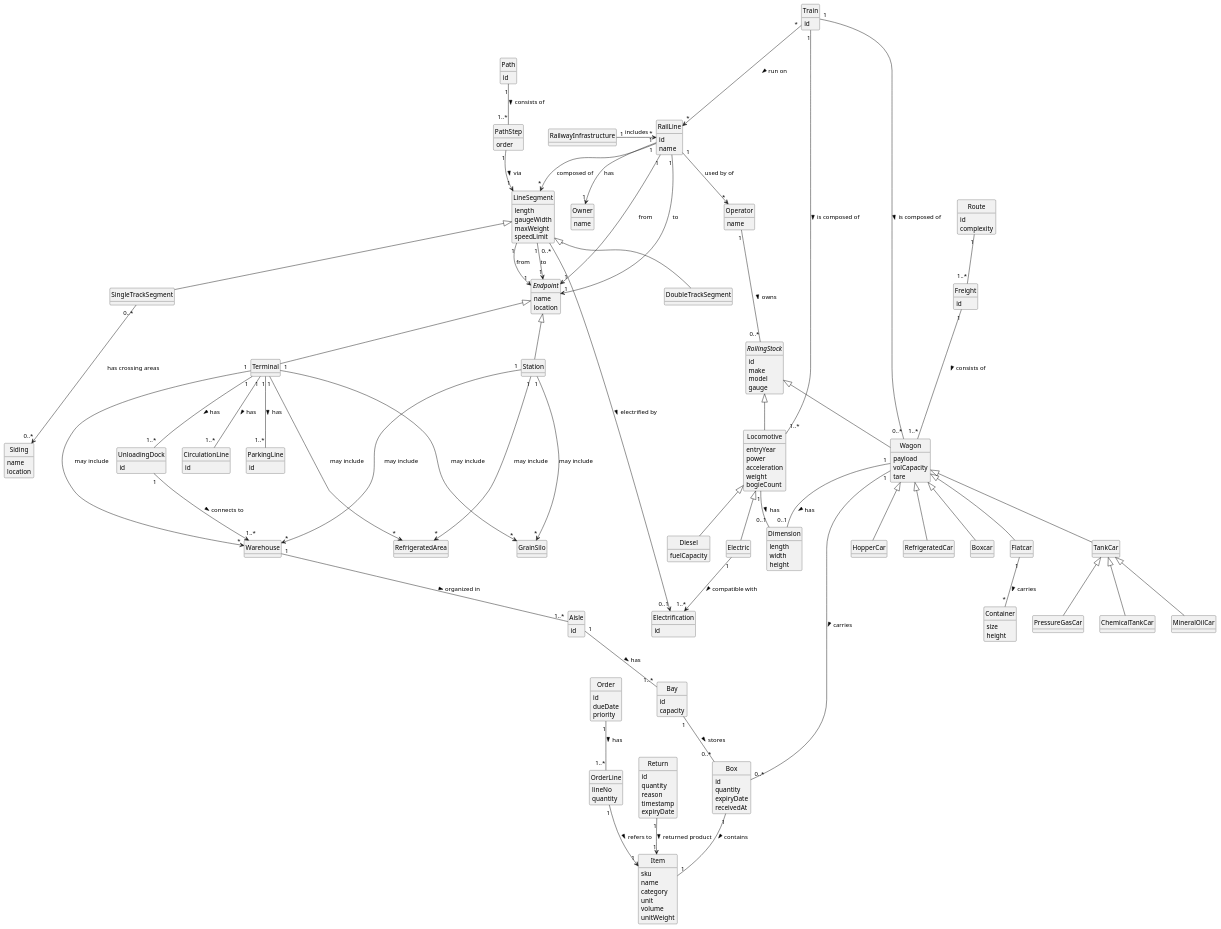
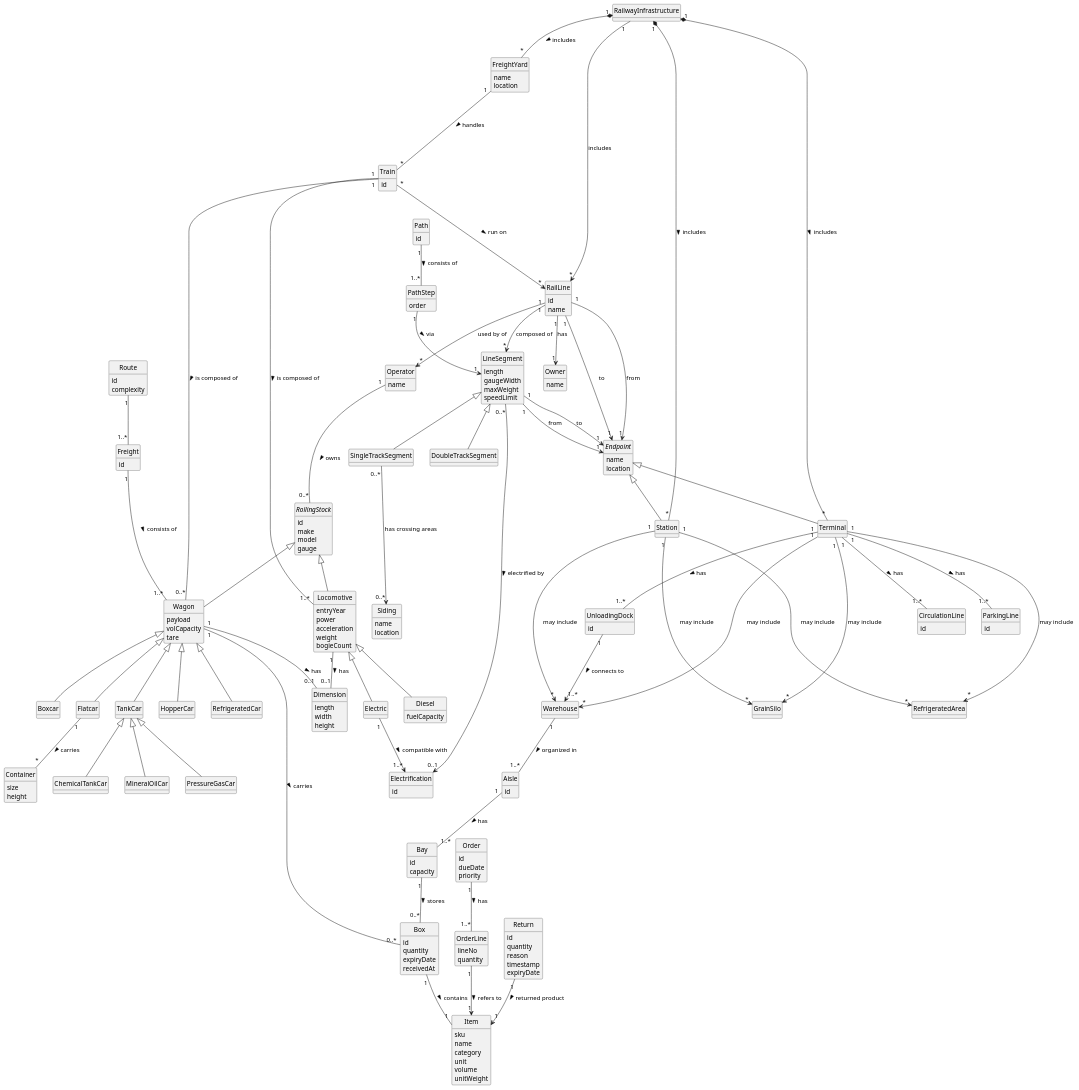
The diagram in docs/system-documentation/global-artifacts/DM/puml/DM.puml (bruno-monteiro5/sem3-pi-25.26-g164-repository), drawn with PlantUML before and after one commit.

Commit message:
USPL01(Docs)- Fixed RailwayInfrastucture and added FreightYards [#25]

```diff
--- a/docs/system-documentation/global-artifacts/DM/puml/DM.puml
+++ b/docs/system-documentation/global-artifacts/DM/puml/DM.puml
@@ -53,6 +53,11 @@
 class Station extends Endpoint{
 }
 class Terminal extends Endpoint{
+}
+
+class FreightYard {
+    name
+    location
 }
 
 class Warehouse {
@@ -240,6 +245,9 @@
 Return "1" --> "1" Item : returned product >
 LineSegment "0..*" --> "0..1" Electrification : electrified by >
 Electric     "1"    --> "1..*" Electrification : compatible with >
-
+RailwayInfrastructure "1" *-- "*" Station : includes >
+RailwayInfrastructure "1" *-- "*" Terminal : includes >
+RailwayInfrastructure "1" *-- "*" FreightYard : includes >
+FreightYard "1" --- "*" Train : handles >
 
 @enduml
```
